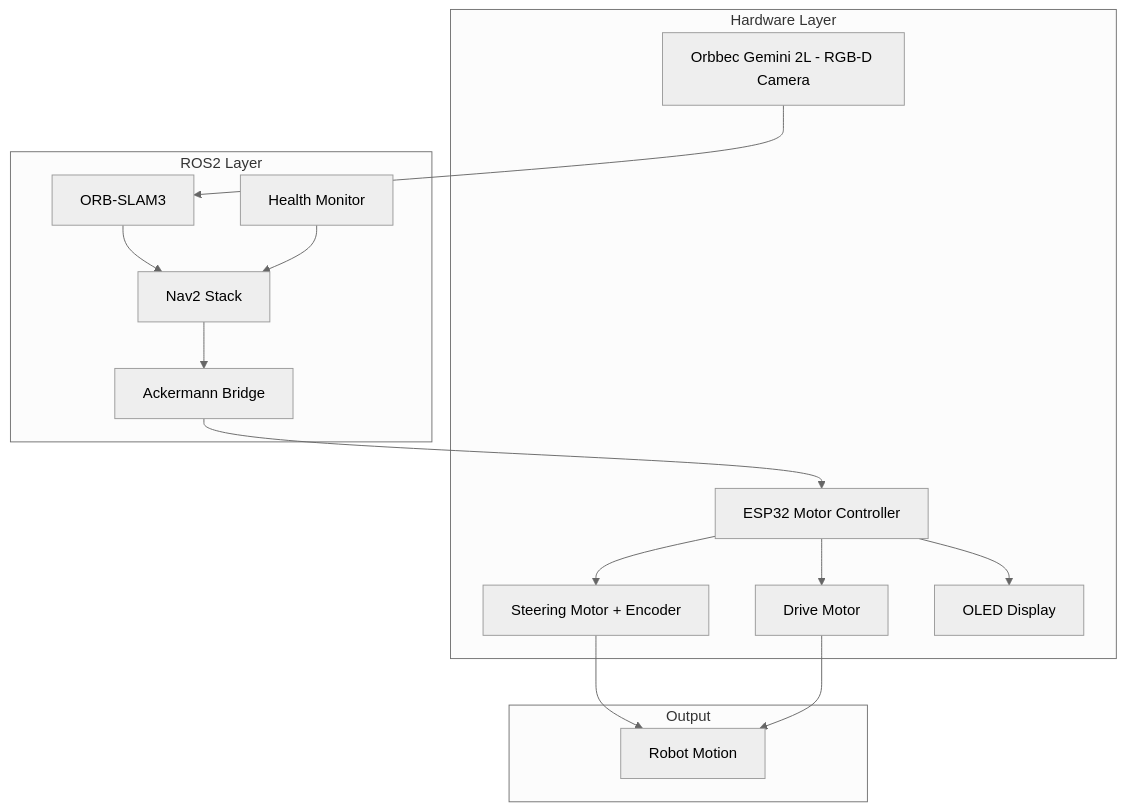
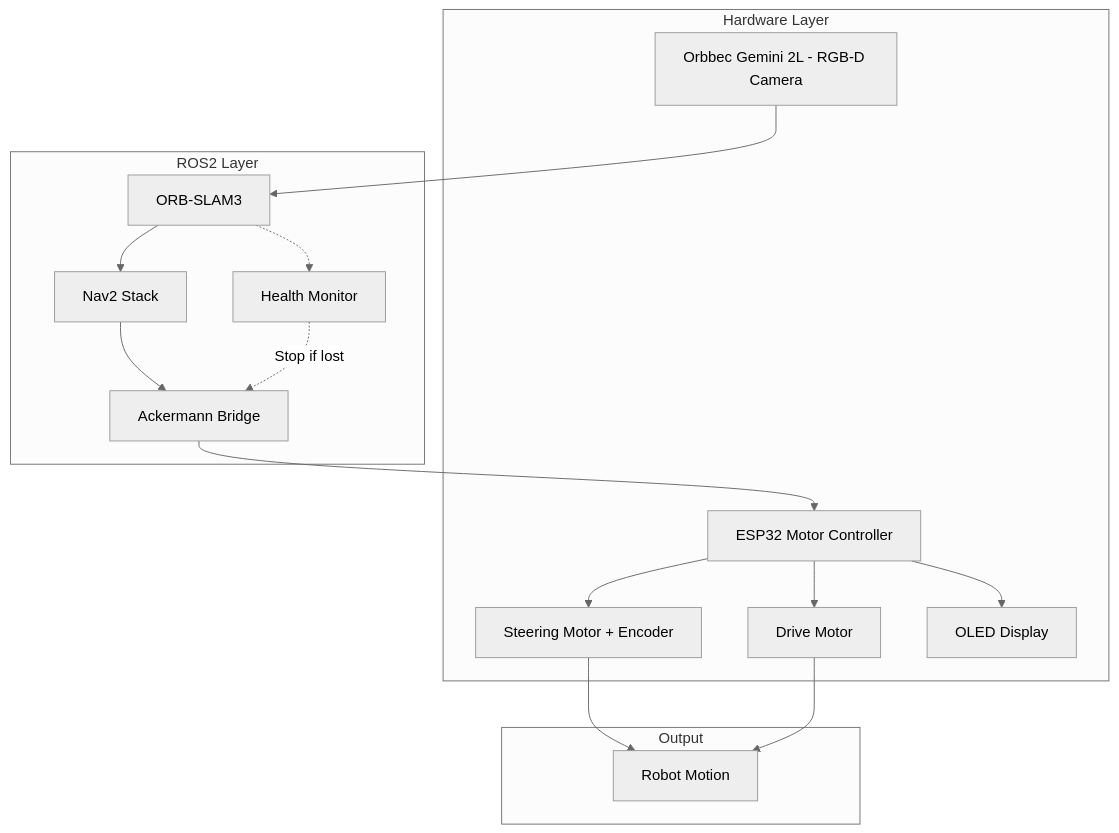
Before and after one commit to KashmeeraTT/Ackerman_UGV: the first of 13 diagrams in SYSTEM_DOCUMENTATION.md, drawn with Mermaid (neutral theme). The commit also changed other lines of this file and 2 other files, not shown here.

Commit message:
docs: Update system architecture diagrams, topic flows, and configuration parameters, including robot kinematics and controller settings.

````diff
--- a/SYSTEM_DOCUMENTATION.md
+++ b/SYSTEM_DOCUMENTATION.md
@@ -33,32 +33,33 @@
 ```mermaid
 graph TB
     subgraph HW[Hardware Layer]
         CAM[Orbbec Gemini 2L - RGB-D Camera]
         ESP[ESP32 Motor Controller]
         STEER[Steering Motor + Encoder]
         DRIVE[Drive Motor]
         OLED[OLED Display]
     end
     
     subgraph ROS[ROS2 Layer]
         VSLAM[ORB-SLAM3]
         NAV[Nav2 Stack]
         BRIDGE[Ackermann Bridge]
         HEALTH[Health Monitor]
     end
     
     subgraph OUT[Output]
         MOTION[Robot Motion]
     end
     
     CAM --> VSLAM
     VSLAM --> NAV
     NAV --> BRIDGE
     BRIDGE --> ESP
     ESP --> STEER
     ESP --> DRIVE
     STEER --> MOTION
     DRIVE --> MOTION
     ESP --> OLED
-    HEALTH --> NAV
+    VSLAM -.-> HEALTH
+    HEALTH -.->|Stop if lost| BRIDGE
 ```
````
